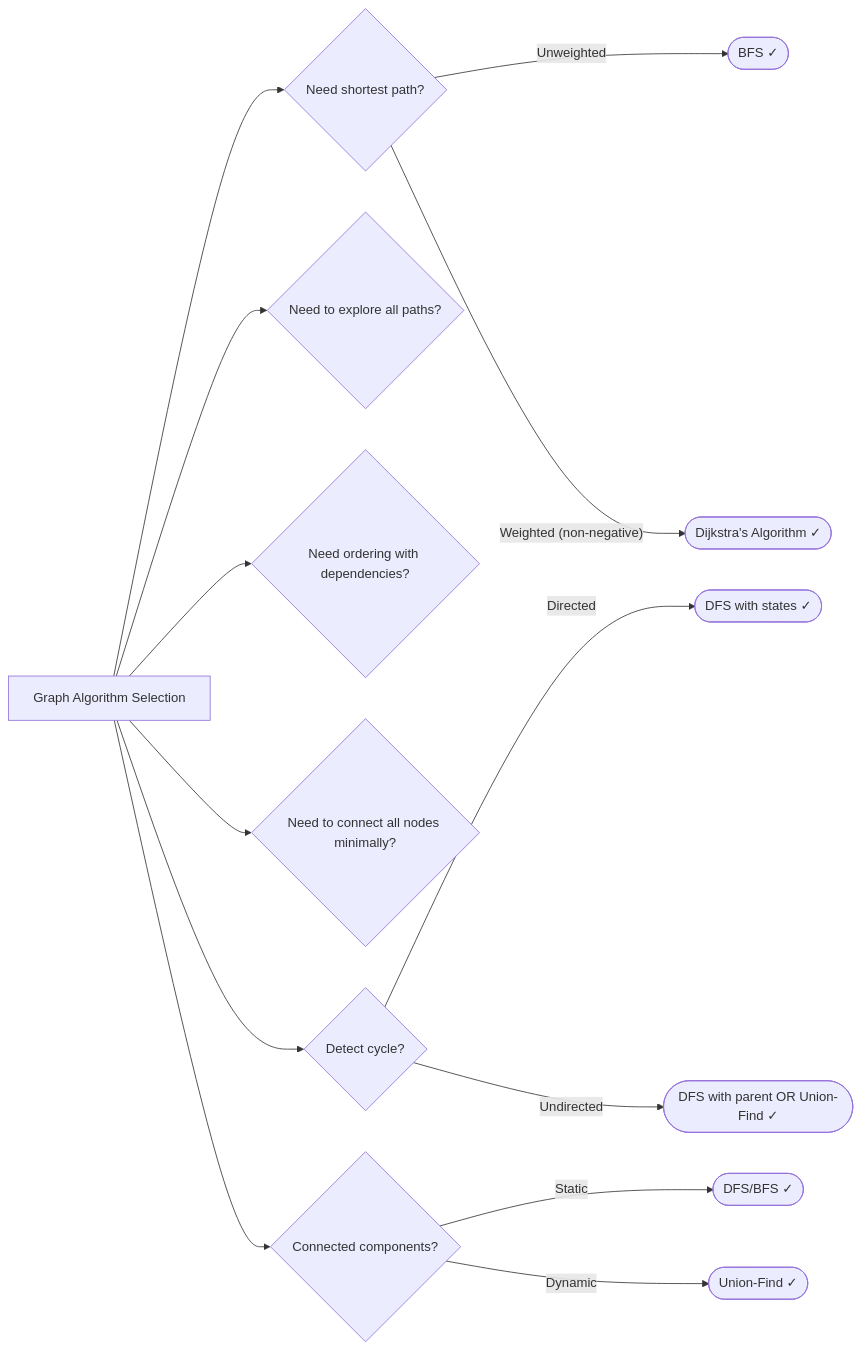
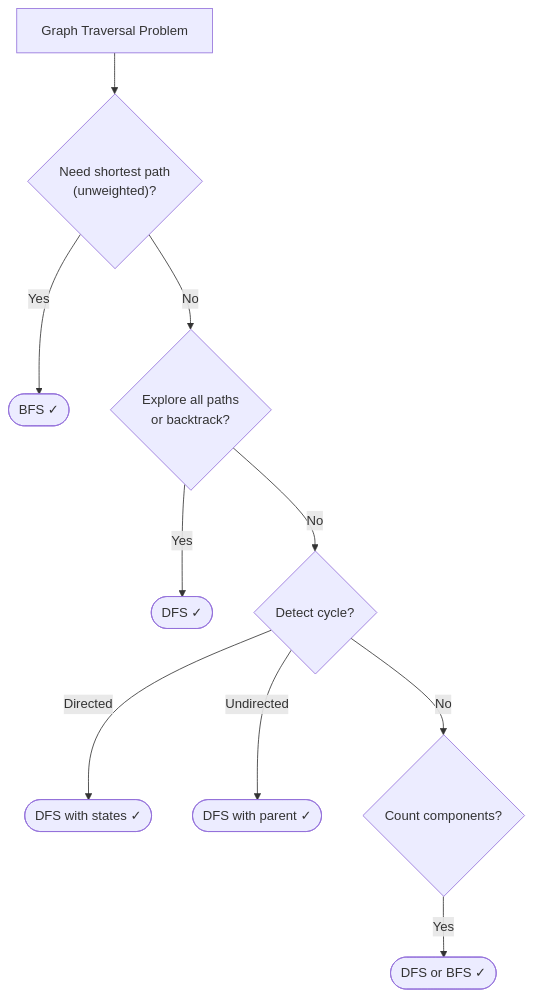
One commit to itch-n/docs changed the diagram in docs/dsa/10-graphs.md. Above: the diagram before and after it, drawn with Mermaid. The commit also changed other lines of this file and 31 other files, not shown here.

````diff
--- a/docs/dsa/10-graphs.md
+++ b/docs/dsa/10-graphs.md
@@ -1708,29 +965,26 @@
 ```mermaid
-flowchart LR
-    Start["Graph Algorithm Selection"]
+flowchart TD
+    Start["Graph Traversal Problem"]
 
-    Q1{"Need shortest path?"}
+    Q1{"Need shortest path<br/>(unweighted)?"}
     Start --> Q1
-    N2(["BFS ✓"])
-    Q1 -->|"Unweighted"| N2
-    N3(["Dijkstra's Algorithm ✓"])
-    Q1 -->|"Weighted (non-negative)"| N3
-    Q4{"Need to explore all paths?"}
-    Start --> Q4
-    Q5{"Need ordering with dependencies?"}
-    Start --> Q5
-    Q6{"Need to connect all nodes minimally?"}
-    Start --> Q6
-    Q7{"Detect cycle?"}
-    Start --> Q7
-    N8(["DFS with states ✓"])
-    Q7 -->|"Directed"| N8
-    N9(["DFS with parent OR Union-Find ✓"])
-    Q7 -->|"Undirected"| N9
-    Q10{"Connected components?"}
-    Start --> Q10
-    N11(["DFS/BFS ✓"])
-    Q10 -->|"Static"| N11
-    N12(["Union-Find ✓"])
-    Q10 -->|"Dynamic"| N12
+    BFS(["BFS ✓"])
+    Q1 -->|"Yes"| BFS
+
+    Q2{"Explore all paths<br/>or backtrack?"}
+    Q1 -->|"No"| Q2
+    DFS1(["DFS ✓"])
+    Q2 -->|"Yes"| DFS1
+
+    Q3{"Detect cycle?"}
+    Q2 -->|"No"| Q3
+    DFS2(["DFS with states ✓"])
+    Q3 -->|"Directed"| DFS2
+    DFS3(["DFS with parent ✓"])
+    Q3 -->|"Undirected"| DFS3
+
+    Q4{"Count components?"}
+    Q3 -->|"No"| Q4
+    DFSBFS(["DFS or BFS ✓"])
+    Q4 -->|"Yes"| DFSBFS
 ```
````
